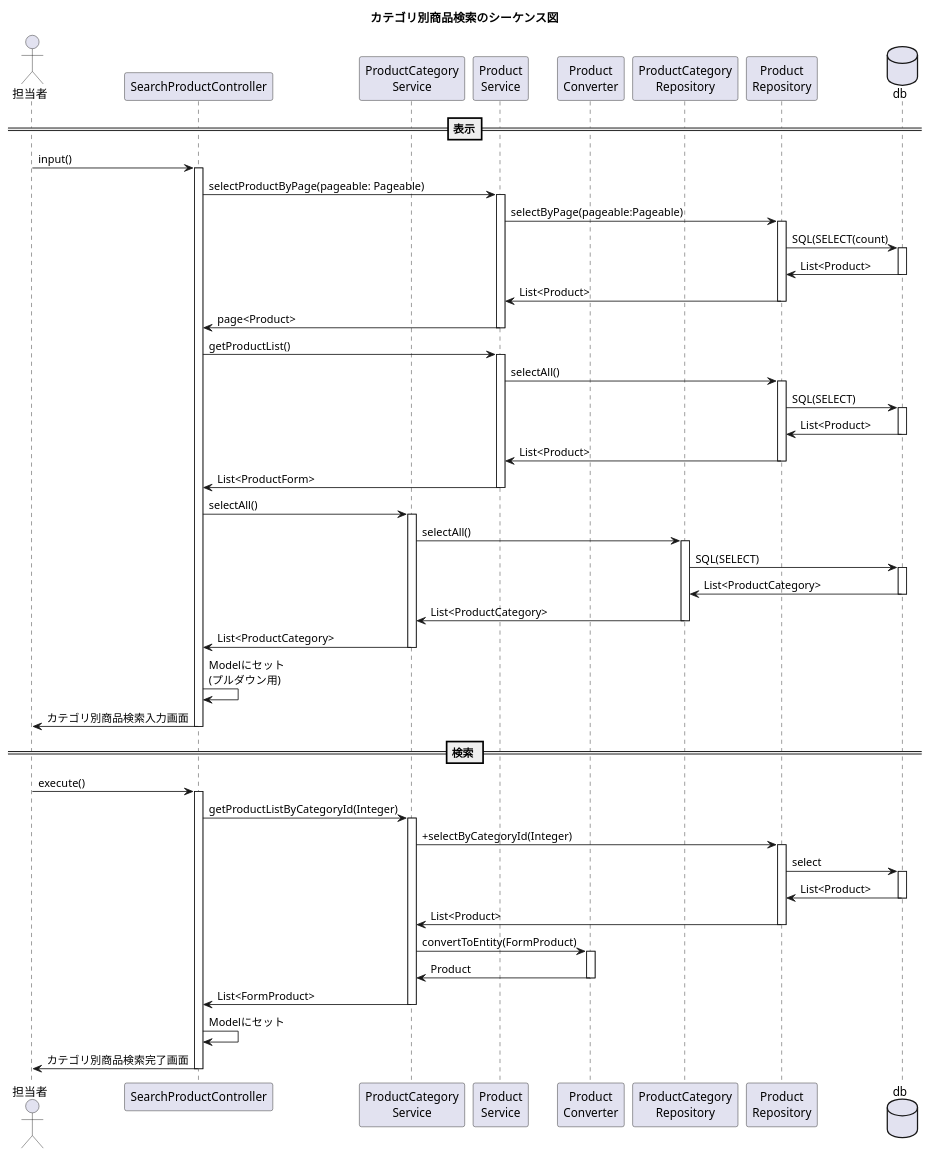
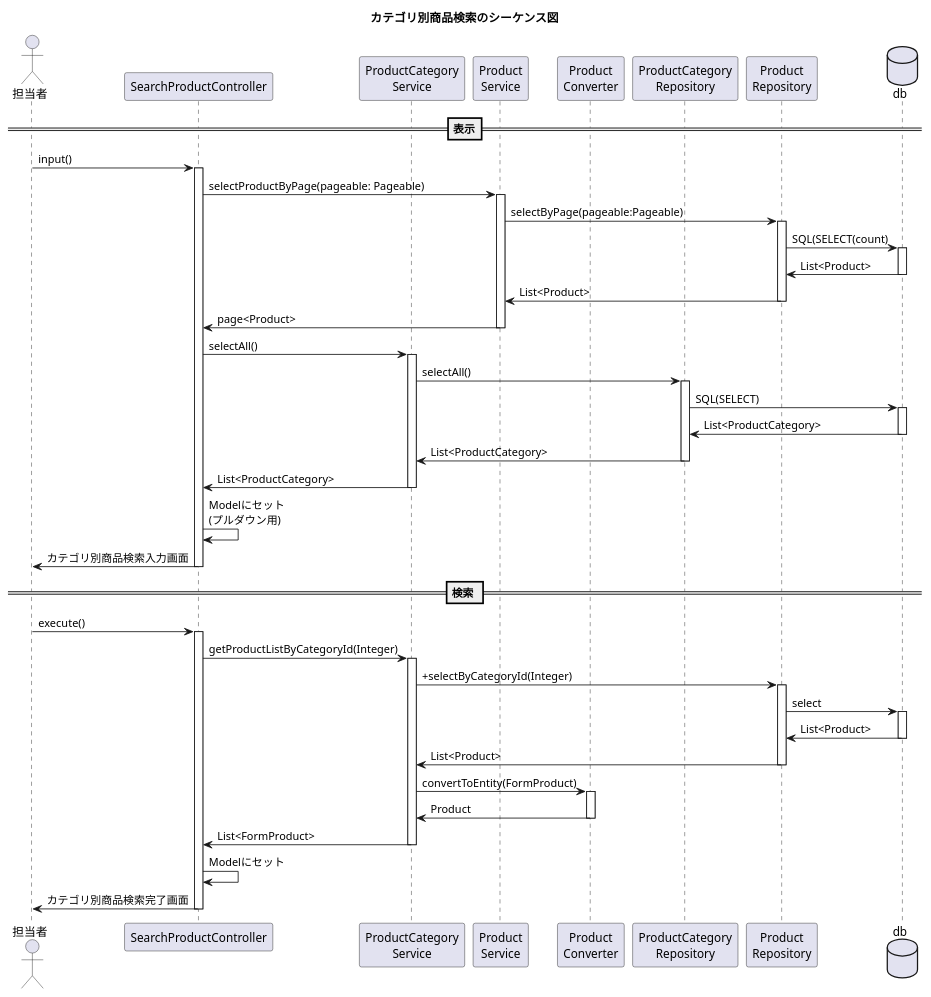
The diagram in plan/uml/sequence/uc011.plantuml (kanavii3333/ec-b), drawn with PlantUML before and after one commit. The commit also changed 4 other files, not shown here.

```diff
--- a/plan/uml/sequence/uc011.plantuml
+++ b/plan/uml/sequence/uc011.plantuml
@@ -1,50 +1,44 @@
 @startuml
 
 title カテゴリ別商品検索のシーケンス図
 actor "担当者" as user
 participant "SearchProductController" as controller
 participant "ProductCategory\nService" as service
 participant "Product\nService" as service1
 participant "Product\nConverter" as helper
 participant "ProductCategory\nRepository" as repository1
 participant "Product\nRepository" as repository2
 database "db" as db
 ==表示==
 user -> controller++:input()
 controller -> service1++:selectProductByPage(pageable: Pageable)
 service1 -> repository2++:selectByPage(pageable:Pageable)
 repository2 -> db++:SQL(SELECT(count)
 db -> repository2--:List<Product>
 repository2 -> service1--:List<Product>
 service1 -> controller--:page<Product>
 
-controller -> service1++:getProductList()
-service1 -> repository2++:selectAll()
-repository2 -> db++:SQL(SELECT)
-repository2<- db--:List<Product> 
-service1 <- repository2--:List<Product>
-controller <- service1--:List<ProductForm>
 controller -> service++:selectAll()
 service -> repository1++:selectAll()
 repository1 -> db++:SQL(SELECT)
 db -> repository1--:List<ProductCategory>
 repository1 -> service--:List<ProductCategory>
 service -> controller--:List<ProductCategory>
 controller -> controller:Modelにセット\n(プルダウン用)
 controller -> user--:カテゴリ別商品検索入力画面
 
 == 検索 ==
 user -> controller++:execute()
 controller -> service++:getProductListByCategoryId(Integer)
 service -> repository2++:+selectByCategoryId(Integer)
 repository2 -> db++:select
 db -> repository2--:List<Product>
 repository2 -> service--:List<Product>
 service -> helper++:convertToEntity(FormProduct)
 service <- helper--:Product
 service -> controller--:List<FormProduct>
 controller -> controller:Modelにセット
 controller -> user--:カテゴリ別商品検索完了画面
 
 
 @enduml
```
